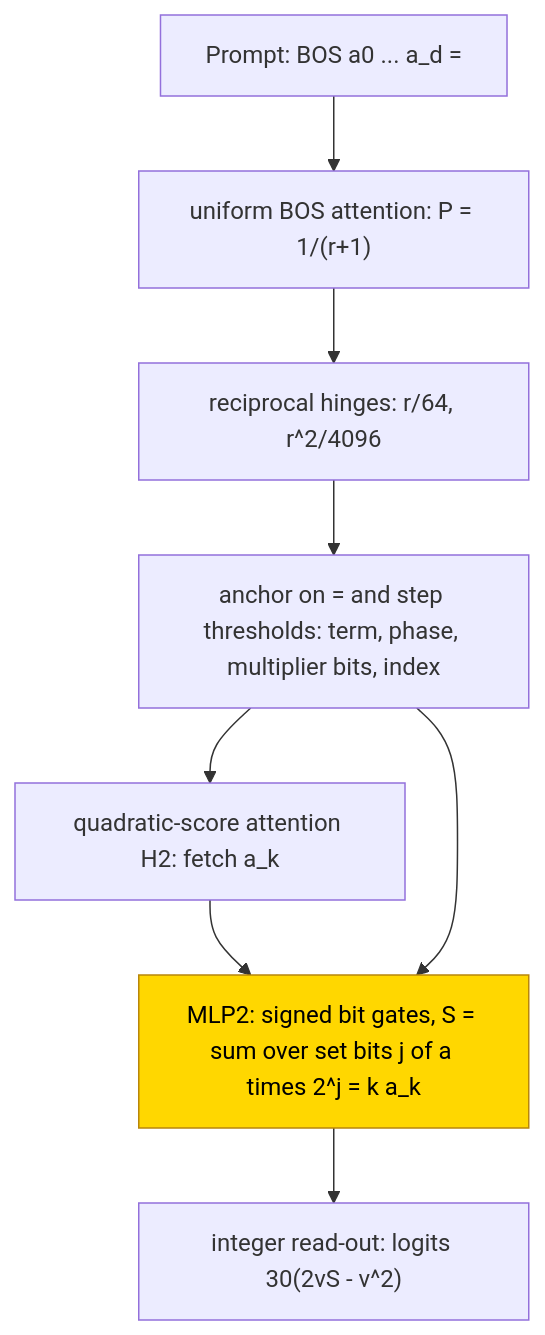
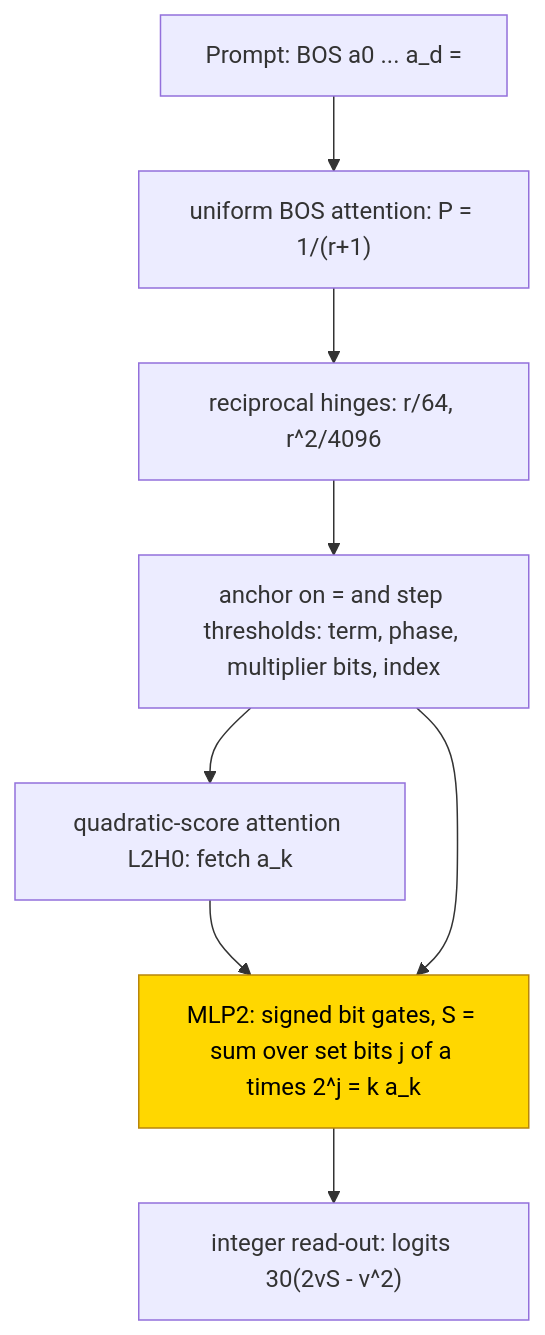
The first of 2 diagrams in entries/polynomial-differentiation.md (jc1122/mechanistic-interpretability-circuit-atlas), drawn with Mermaid before and after one commit. The commit also changed other lines of this file and 54 other files, not shown here.

````diff
--- a/entries/polynomial-differentiation.md
+++ b/entries/polynomial-differentiation.md
@@ -92,12 +91,12 @@
 ```mermaid
 flowchart TD
     P["Prompt: BOS a0 ... a_d ="] --> U["uniform BOS attention: P = 1/(r+1)"]
     U --> HG["reciprocal hinges: r/64, r^2/4096"]
     HG --> AN["anchor on = and step thresholds: term, phase, multiplier bits, index"]
-    AN --> F["quadratic-score attention H2: fetch a_k"]
+    AN --> F["quadratic-score attention L2H0: fetch a_k"]
     F --> M["MLP2: signed bit gates, S = sum over set bits j of a times 2^j = k a_k"]
     AN --> M
     M --> R["integer read-out: logits 30(2vS - v^2)"]
     classDef trained fill:gold,stroke:darkgoldenrod,color:black
     class M trained
 ```
````
